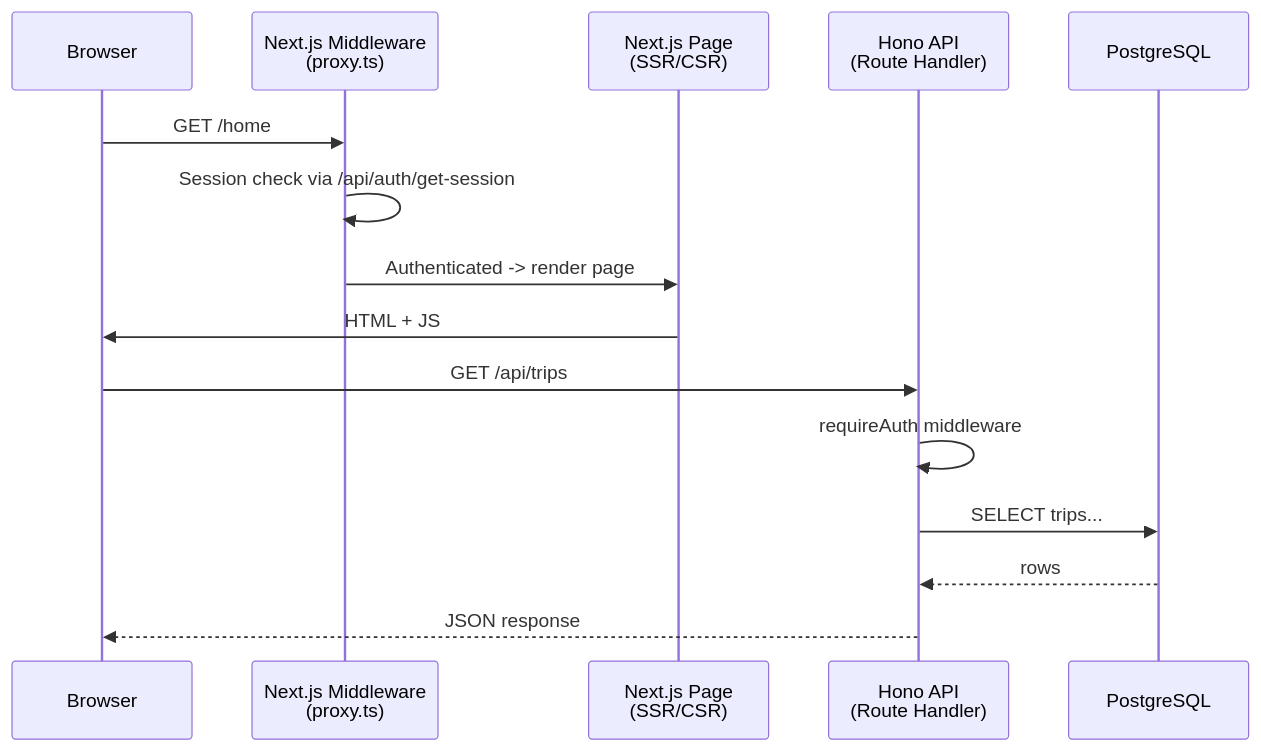
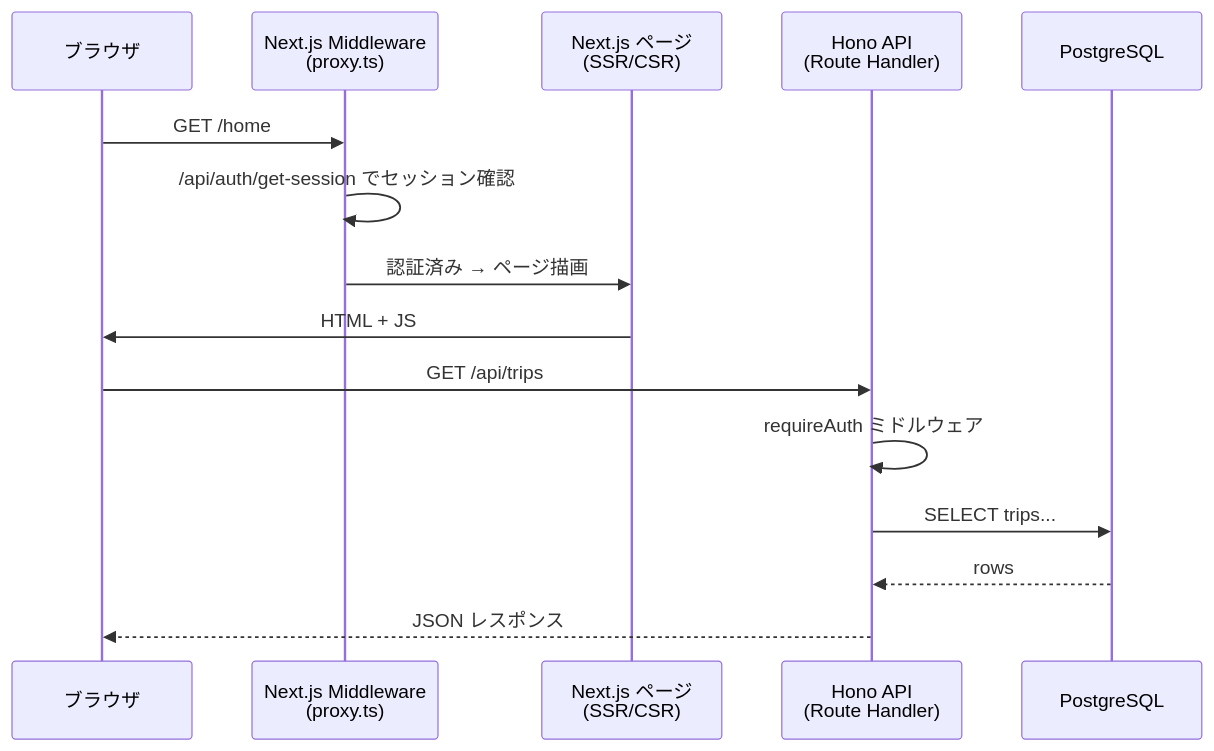
One commit to u-stem/tabi changed the first of 3 diagrams in docs/architecture/overview.md. Above: the diagram before and after it, drawn with Mermaid. The commit also changed other lines of this file and 2 other files, not shown here.

Commit message:
docs: システム構成図を draw.io に移行、Next.js バージョンを 16 に修正 [skip ci]

````diff
--- a/docs/architecture/overview.md
+++ b/docs/architecture/overview.md
@@ -71,19 +38,19 @@
 ```mermaid
 sequenceDiagram
-    participant B as Browser
+    participant B as ブラウザ
     participant M as Next.js Middleware<br/>(proxy.ts)
-    participant P as Next.js Page<br/>(SSR/CSR)
+    participant P as Next.js ページ<br/>(SSR/CSR)
     participant H as Hono API<br/>(Route Handler)
     participant DB as PostgreSQL
 
     B->>M: GET /home
-    M->>M: Session check via /api/auth/get-session
-    M->>P: Authenticated -> render page
+    M->>M: /api/auth/get-session でセッション確認
+    M->>P: 認証済み → ページ描画
     P->>B: HTML + JS
 
     B->>H: GET /api/trips
-    H->>H: requireAuth middleware
+    H->>H: requireAuth ミドルウェア
     H->>DB: SELECT trips...
     DB-->>H: rows
-    H-->>B: JSON response
+    H-->>B: JSON レスポンス
 ```
````
